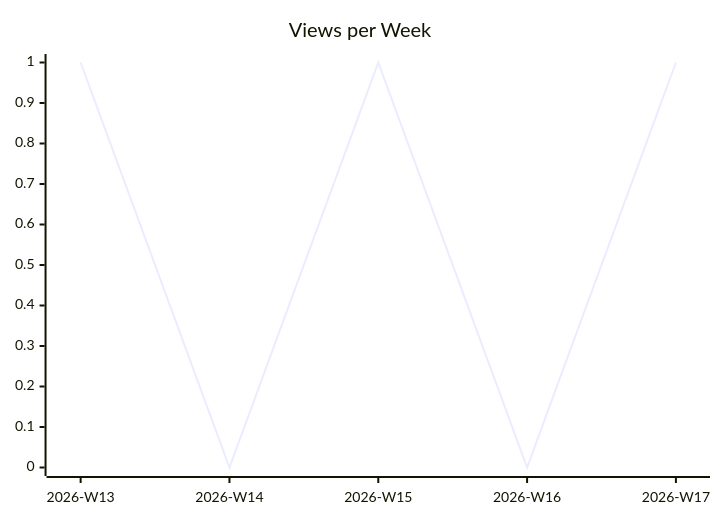
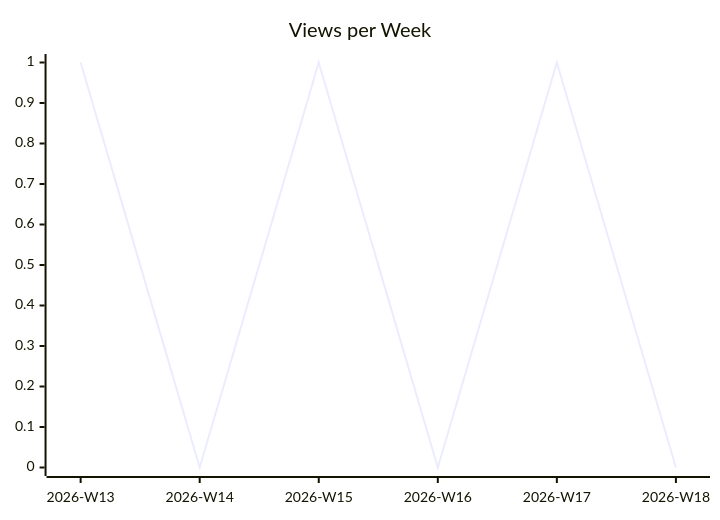
One commit to justdavis-family/github-analytics-data changed the second of 3 diagrams in karlmdavis/justdavis-finances/README.md. Above: the diagram before and after it, drawn with Mermaid. The commit also changed other lines of this file and 184 other files, not shown here.

````diff
--- a/karlmdavis/justdavis-finances/README.md
+++ b/karlmdavis/justdavis-finances/README.md
@@ -12,6 +12,6 @@
 ```mermaid
 xychart-beta
   title "Views per Week"
-  x-axis ["2026-W13", "2026-W14", "2026-W15", "2026-W16", "2026-W17"]
-  line [1, 0, 1, 0, 1]
+  x-axis ["2026-W13", "2026-W14", "2026-W15", "2026-W16", "2026-W17", "2026-W18"]
+  line [1, 0, 1, 0, 1, 0]
 ```
````
